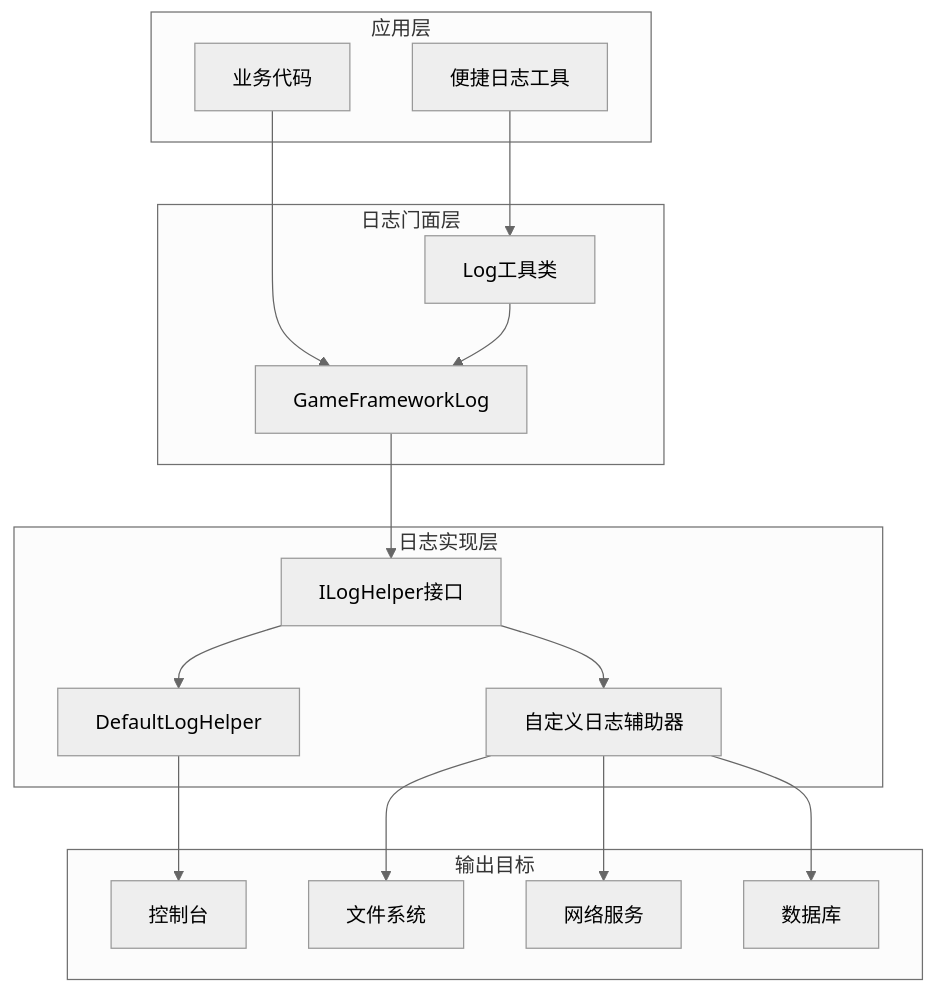
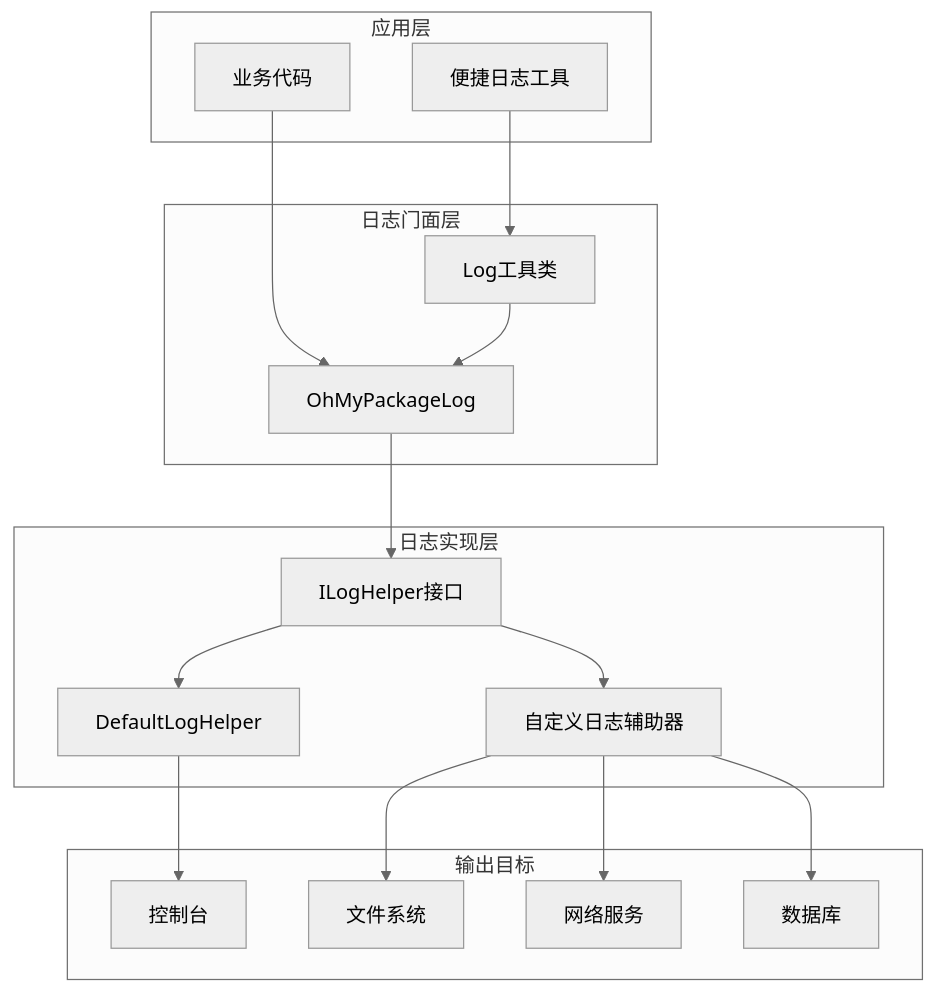
One commit to OxygenIsland/MyGame changed the third of 8 diagrams in repowiki/zh/content/性能优化/性能监控系统/日志系统架构.md. Above: the diagram before and after it, drawn with Mermaid (neutral theme). The commit also changed other lines of this file and 34 other files, not shown here.

````diff
--- a/repowiki/zh/content/性能优化/性能监控系统/日志系统架构.md
+++ b/repowiki/zh/content/性能优化/性能监控系统/日志系统架构.md
@@ -107,32 +107,32 @@
 ```mermaid
 graph TB
 subgraph "应用层"
 A[业务代码]
 B[便捷日志工具]
 end
 subgraph "日志门面层"
-C[GameFrameworkLog]
+C[OhMyPackageLog]
 D[Log工具类]
 end
 subgraph "日志实现层"
 E[ILogHelper接口]
 F[DefaultLogHelper]
 G[自定义日志辅助器]
 end
 subgraph "输出目标"
 H[控制台]
 I[文件系统]
 J[网络服务]
 K[数据库]
 end
 A --> C
 B --> D
 C --> E
 D --> C
 E --> F
 E --> G
 F --> H
 G --> I
 G --> J
 G --> K
 ```
````
